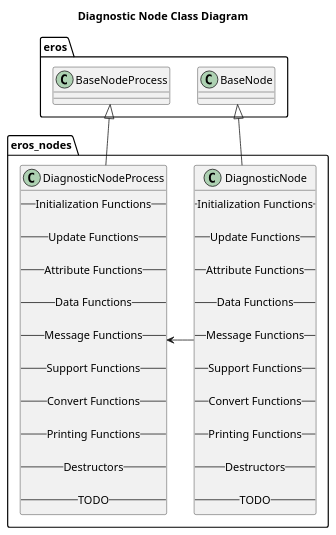
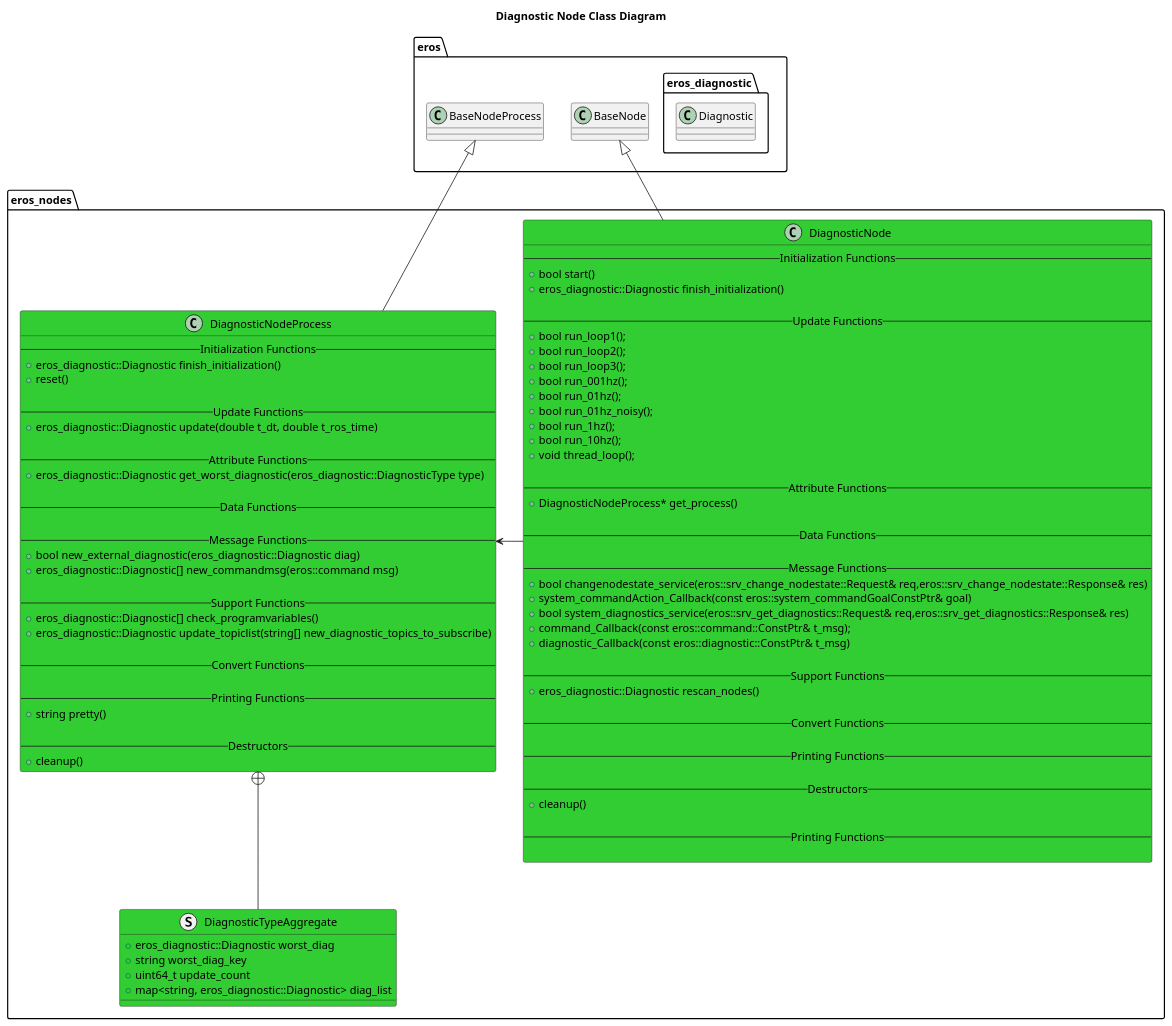
One commit to dgitz/eros changed the diagram in nodes/DiagnosticNode/doc/DiagnosticNodeClassDiagram.puml. Above: the diagram before and after it, drawn with PlantUML. The commit also changed 23 other files, not shown here.

```diff
--- a/nodes/DiagnosticNode/doc/DiagnosticNodeClassDiagram.puml
+++ b/nodes/DiagnosticNode/doc/DiagnosticNodeClassDiagram.puml
@@ -1,56 +1,94 @@
 @startuml
 title Diagnostic Node Class Diagram
 package eros {
     class BaseNode
     class BaseNodeProcess
+    namespace eros_diagnostic {
+        class Diagnostic
+    }
 }
 namespace eros_nodes {
-    class DiagnosticNode {
+    class DiagnosticNode #LimeGreen {
         -- Initialization Functions --
+        +bool start()
+        +eros_diagnostic::Diagnostic finish_initialization()
 
         -- Update Functions --
+        +bool run_loop1();
+        +bool run_loop2();
+        +bool run_loop3();
+        +bool run_001hz();
+        +bool run_01hz();
+        +bool run_01hz_noisy();
+        +bool run_1hz();
+        +bool run_10hz();
+        +void thread_loop();
 
         -- Attribute Functions --
+        +DiagnosticNodeProcess* get_process()
 
         -- Data Functions --
 
         -- Message Functions --
+        +bool changenodestate_service(eros::srv_change_nodestate::Request& req,eros::srv_change_nodestate::Response& res)
+        +system_commandAction_Callback(const eros::system_commandGoalConstPtr& goal)
+        +bool system_diagnostics_service(eros::srv_get_diagnostics::Request& req,eros::srv_get_diagnostics::Response& res)
+        +command_Callback(const eros::command::ConstPtr& t_msg);
+        +diagnostic_Callback(const eros::diagnostic::ConstPtr& t_msg)
 
         -- Support Functions --
+        +eros_diagnostic::Diagnostic rescan_nodes()
 
         -- Convert Functions --
         
         -- Printing Functions --
 
         -- Destructors --
+        +cleanup()
 
-        -- TODO --
+        -- Printing Functions --
+
     }
-    class DiagnosticNodeProcess {
+    struct DiagnosticTypeAggregate #LimeGreen {
+        +eros_diagnostic::Diagnostic worst_diag
+        +string worst_diag_key
+        +uint64_t update_count
+        +map<string, eros_diagnostic::Diagnostic> diag_list
+    }
+    class DiagnosticNodeProcess #LimeGreen {
         -- Initialization Functions --
+        +eros_diagnostic::Diagnostic finish_initialization()
+        +reset()
 
         -- Update Functions --
+        +eros_diagnostic::Diagnostic update(double t_dt, double t_ros_time)
 
         -- Attribute Functions --
+        +eros_diagnostic::Diagnostic get_worst_diagnostic(eros_diagnostic::DiagnosticType type)
 
         -- Data Functions --
 
         -- Message Functions --
+        +bool new_external_diagnostic(eros_diagnostic::Diagnostic diag)
+        +eros_diagnostic::Diagnostic[] new_commandmsg(eros::command msg)
 
         -- Support Functions --
+        +eros_diagnostic::Diagnostic[] check_programvariables()
+        +eros_diagnostic::Diagnostic update_topiclist(string[] new_diagnostic_topics_to_subscribe)
 
         -- Convert Functions --
         
         -- Printing Functions --
+        +string pretty()
 
         -- Destructors --
-
-        -- TODO --
+        +cleanup()
     }
+    DiagnosticNodeProcess +-- DiagnosticTypeAggregate 
 
     BaseNode <|-- DiagnosticNode
     BaseNodeProcess <|-- DiagnosticNodeProcess
     DiagnosticNode -> DiagnosticNodeProcess 
 }
 
 @enduml
```
